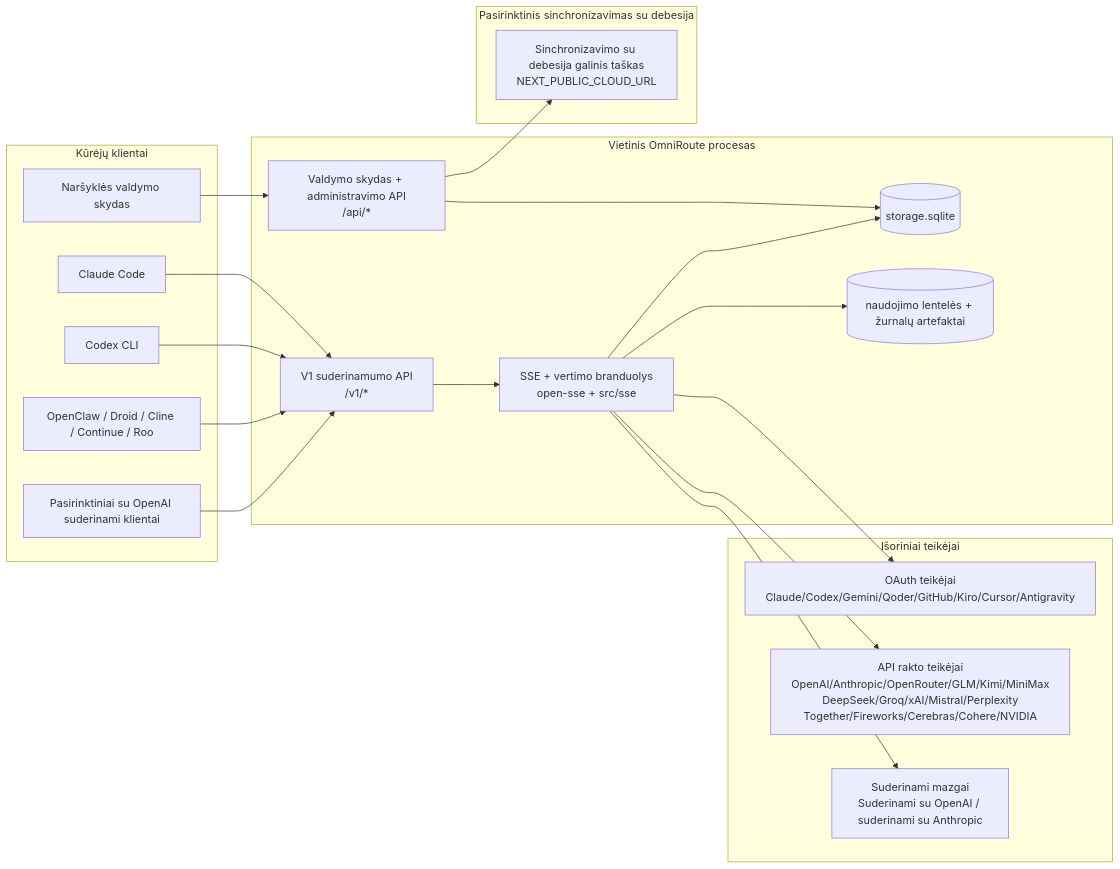
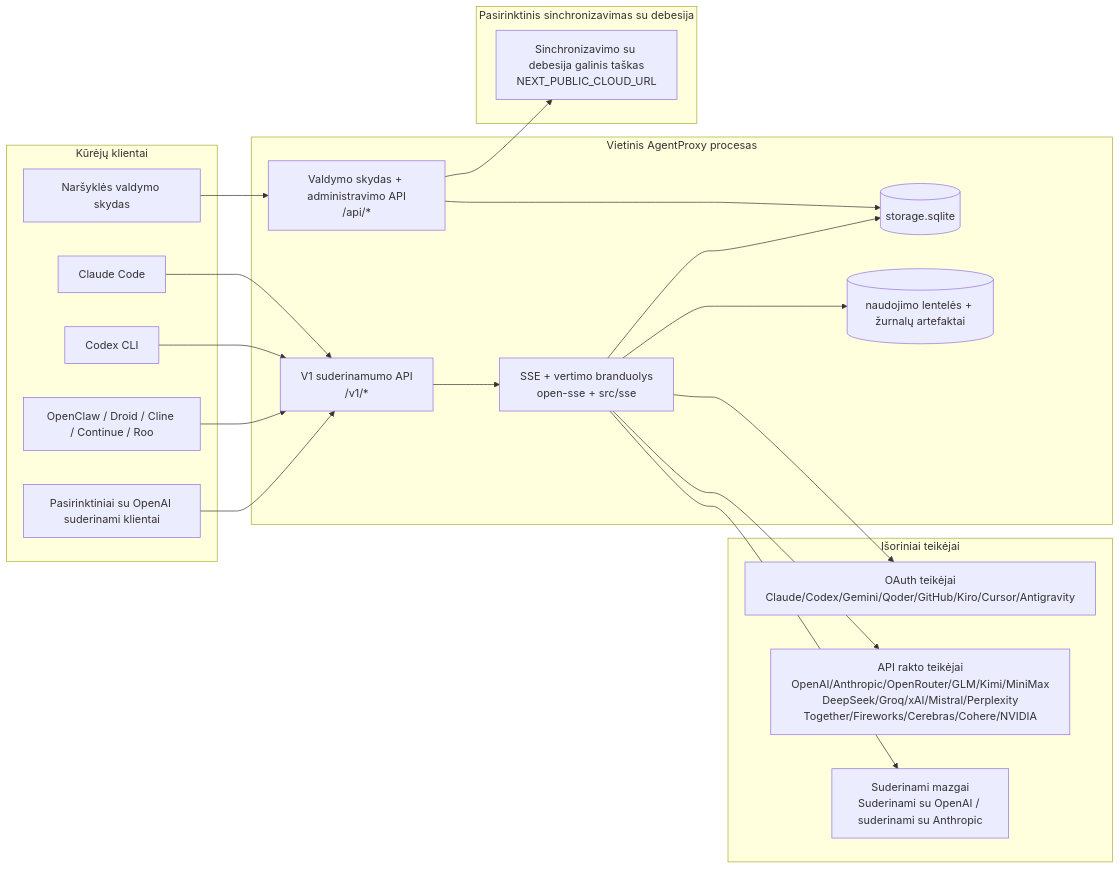
Before and after one commit to khanhkit/AgentProxy: the first of 7 diagrams in docs/i18n/lt/docs/architecture/ARCHITECTURE.md, drawn with Mermaid. The commit also changed other lines of this file and 6043 other files, not shown here.

Commit message:
wip(release): checkpoint AgentProxy identity cleanup

````diff
--- a/docs/i18n/lt/docs/architecture/ARCHITECTURE.md
+++ b/docs/i18n/lt/docs/architecture/ARCHITECTURE.md
@@ -166,45 +166,45 @@
 ```mermaid
 flowchart LR
     subgraph Clients[Kūrėjų klientai]
         C1[Claude Code]
         C2[Codex CLI]
         C3[OpenClaw / Droid / Cline / Continue / Roo]
         C4[Pasirinktiniai su OpenAI suderinami klientai]
         BROWSER[Naršyklės valdymo skydas]
     end
 
-    subgraph Router[Vietinis OmniRoute procesas]
+    subgraph Router[Vietinis AgentProxy procesas]
         API[V1 suderinamumo API\n/v1/*]
         DASH[Valdymo skydas + administravimo API\n/api/*]
         CORE[SSE + vertimo branduolys\nopen-sse + src/sse]
         DB[(storage.sqlite)]
         UDB[(naudojimo lentelės + žurnalų artefaktai)]
     end
 
     subgraph Upstreams[Išoriniai teikėjai]
         P1[OAuth teikėjai\nClaude/Codex/Gemini/Qoder/GitHub/Kiro/Cursor/Antigravity]
         P2[API rakto teikėjai\nOpenAI/Anthropic/OpenRouter/GLM/Kimi/MiniMax\nDeepSeek/Groq/xAI/Mistral/Perplexity\nTogether/Fireworks/Cerebras/Cohere/NVIDIA]
         P3[Suderinami mazgai\nSuderinami su OpenAI / suderinami su Anthropic]
     end
 
     subgraph Cloud[Pasirinktinis sinchronizavimas su debesija]
         CLOUD[Sinchronizavimo su debesija galinis taškas\nNEXT_PUBLIC_CLOUD_URL]
     end
 
     C1 --> API
     C2 --> API
     C3 --> API
     C4 --> API
     BROWSER --> DASH
 
     API --> CORE
     DASH --> DB
     CORE --> DB
     CORE --> UDB
 
     CORE --> P1
     CORE --> P2
     CORE --> P3
 
     DASH --> CLOUD
 ```
````
